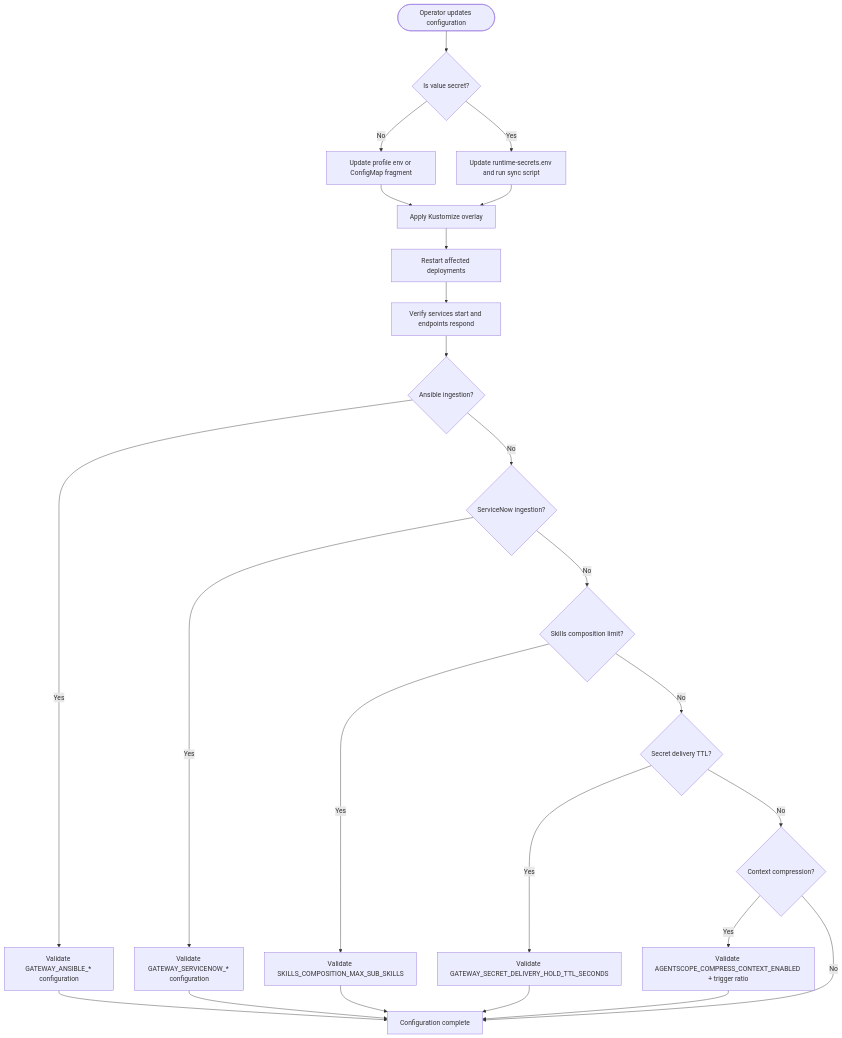
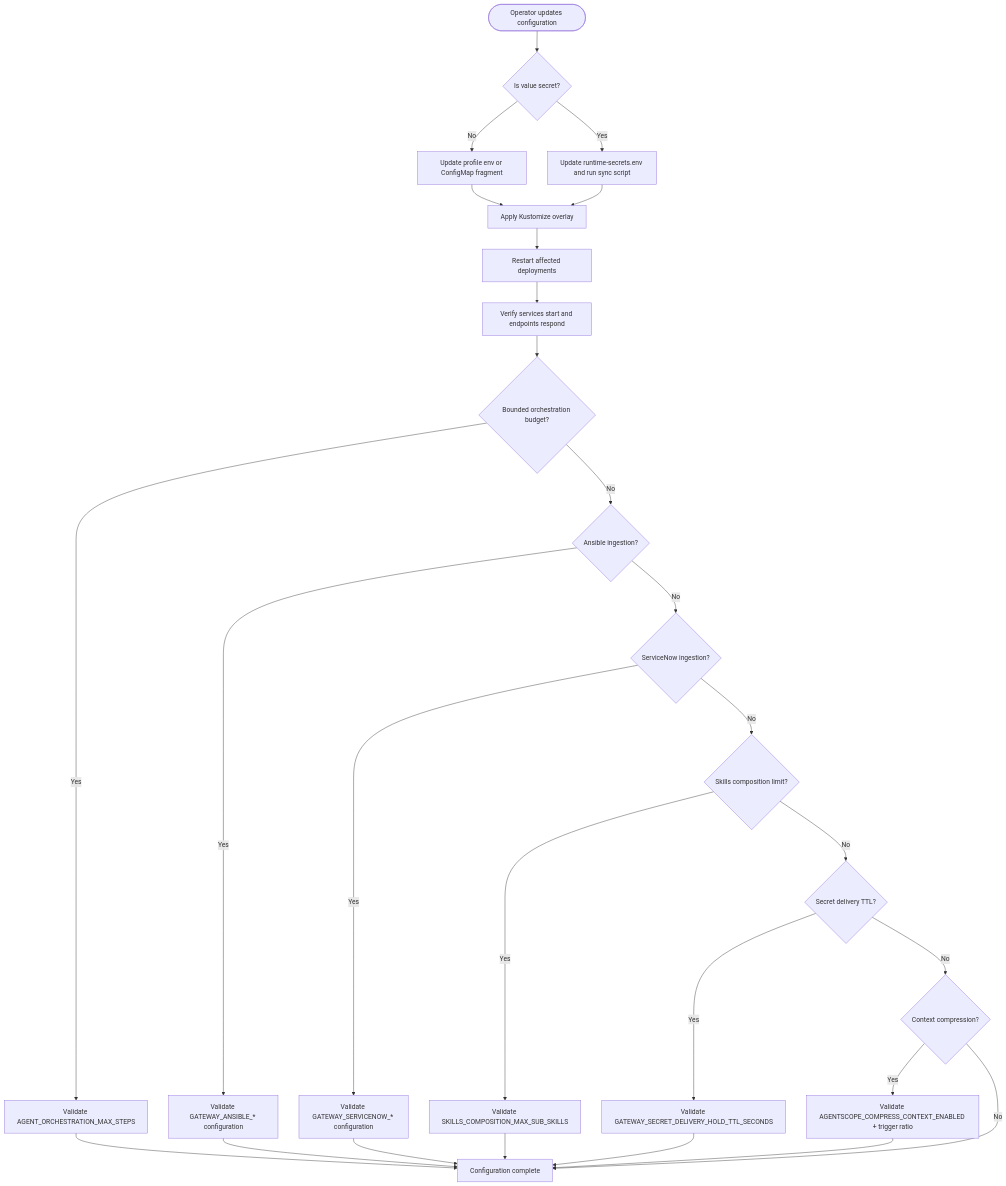
Before and after one commit to metasync/luban-aiops: the third of 4 diagrams in .qoder/repowiki/en/content/Deployment and Operations/Configuration Management.md, drawn with Mermaid. The commit also changed other lines of this file and 164 other files, not shown here.

````diff
--- a/.qoder/repowiki/en/content/Deployment and Operations/Configuration Management.md
+++ b/.qoder/repowiki/en/content/Deployment and Operations/Configuration Management.md
@@ -883,26 +978,29 @@
 ```mermaid
 flowchart TD
 Start(["Operator updates configuration"]) --> Type{"Is value secret?"}
 Type --> |No| UpdateCM["Update profile env or ConfigMap fragment"]
 Type --> |Yes| UpdateSecret["Update runtime-secrets.env and run sync script"]
 UpdateCM --> Apply["Apply Kustomize overlay"]
 UpdateSecret --> Apply
 Apply --> Restart["Restart affected deployments"]
 Restart --> Verify["Verify services start and endpoints respond"]
-Verify --> AnsibleCheck{"Ansible ingestion?"}
+Verify --> OrchestrationCheck{"Bounded orchestration budget?"}
+OrchestrationCheck --> |Yes| ValidateBudget["Validate AGENT_ORCHESTRATION_MAX_STEPS"]
+OrchestrationCheck --> |No| AnsibleCheck{"Ansible ingestion?"}
 AnsibleCheck --> |Yes| ValidateAnsible["Validate GATEWAY_ANSIBLE_* configuration"]
 AnsibleCheck --> |No| ServiceNowCheck{"ServiceNow ingestion?"}
 ServiceNowCheck --> |Yes| ValidateServiceNow["Validate GATEWAY_SERVICENOW_* configuration"]
 ServiceNowCheck --> |No| CompositionCheck{"Skills composition limit?"}
 CompositionCheck --> |Yes| ValidateLimits["Validate SKILLS_COMPOSITION_MAX_SUB_SKILLS"]
 CompositionCheck --> |No| SecretDeliveryCheck{"Secret delivery TTL?"}
 SecretDeliveryCheck --> |Yes| ValidateTTL["Validate GATEWAY_SECRET_DELIVERY_HOLD_TTL_SECONDS"]
 SecretDeliveryCheck --> |No| CompressionCheck{"Context compression?"}
 CompressionCheck --> |Yes| ValidateCompression["Validate AGENTSCOPE_COMPRESS_CONTEXT_ENABLED + trigger ratio"]
 CompressionCheck --> |No| Complete["Configuration complete"]
+ValidateBudget --> Complete
 ValidateAnsible --> Complete
 ValidateServiceNow --> Complete
 ValidateLimits --> Complete
 ValidateTTL --> Complete
 ValidateCompression --> Complete
 ```
````
